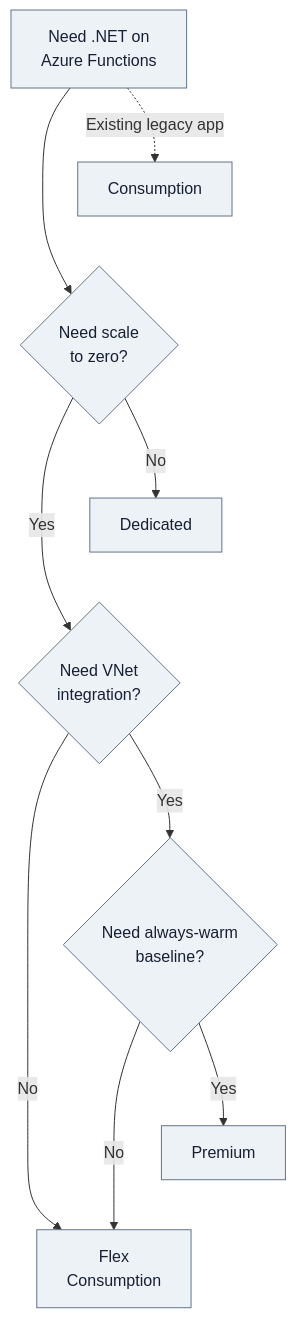
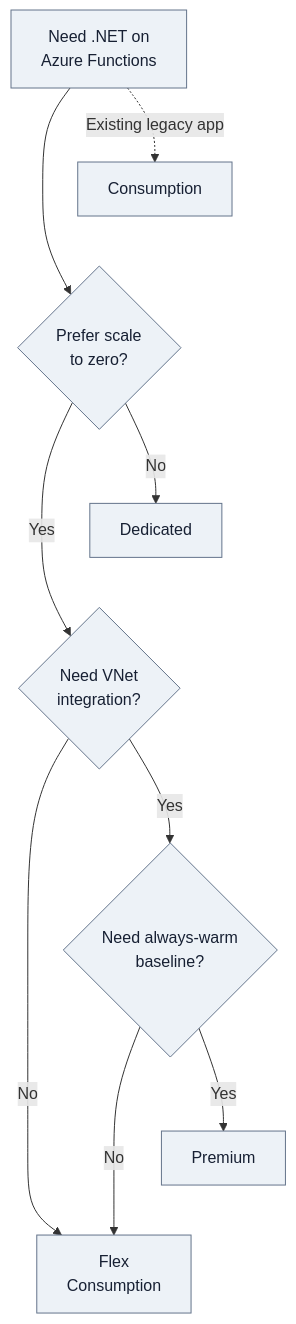
The diagram in docs/language-guides/dotnet/tutorial/index.md (yeongseon/azure-functions-practical-guide), drawn with Mermaid before and after one commit. The commit also changed 1 other file, not shown here.

Commit message:
docs(diagrams): express scale-to-zero as a preference
Align the .NET plan selector question with its qualified recommendation
without changing any node IDs, branches or tutorial outcomes.

Refs #306

````diff
--- a/docs/language-guides/dotnet/tutorial/index.md
+++ b/docs/language-guides/dotnet/tutorial/index.md
@@ -26,25 +26,25 @@
 ```mermaid
 flowchart TD
     accTitle: Choose a .NET tutorial hosting plan
     accDescr: Illustrative tutorial-track recommendations, not exclusive plan capabilities or a strict scale-to-zero constraint. Start with the scale-to-zero preference, then the VNet and warm-baseline questions; retain the separate existing-legacy-app path. Read the trade-offs below before choosing a plan.
-    Start["Need .NET on<br/>Azure Functions"] --> Q1{"Need scale<br/>to zero?"}
+    Start["Need .NET on<br/>Azure Functions"] --> Q1{"Prefer scale<br/>to zero?"}
     Q1 -->|Yes| Q2{"Need VNet<br/>integration?"}
     Q1 -->|No| DEDI[Dedicated]
     Q2 -->|No| FLEX["Flex<br/>Consumption"]
     Start -.->|Existing legacy app| CONS[Consumption]
     Q2 -->|Yes| Q3{"Need always-warm<br/>baseline?"}
     Q3 -->|Yes| PREM[Premium]
     Q3 -->|No| FLEX
 
     %% Layout-only links tier alternatives; they add no decisions or semantic arrows.
     CONS ~~~ Q1
     DEDI ~~~ Q2
     PREM ~~~ FLEX
     classDef neutral fill:#edf2f7,stroke:#64748b,color:#172033
     class Start,Q1,Q2,Q3,DEDI,FLEX,CONS,PREM neutral
 
     click CONS "consumption/01-local-run/"
     click FLEX "flex-consumption/01-local-run/"
     click PREM "premium/01-local-run/"
     click DEDI "dedicated/01-local-run/"
 ```
````
